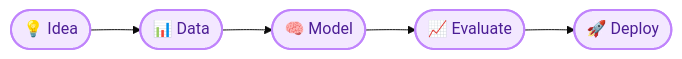
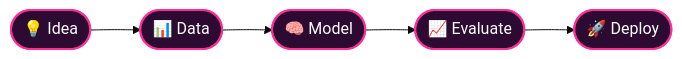
Before and after one commit to Palak-1612/Palak-1612: the diagram in README.md, drawn with Mermaid (base theme). The commit also changed other lines of this file, not shown here.

````diff
--- a/README.md
+++ b/README.md
@@ -69,6 +70,6 @@
 ```mermaid
 flowchart LR
     A([💡 Idea]) --> B([📊 Data]) --> C([🧠 Model]) --> D([📈 Evaluate]) --> E([🚀 Deploy])
-    classDef step fill:#f3e8ff,stroke:#c084fc,color:#4c1d95,stroke-width:2px;
+    classDef step fill:#2d0a31,stroke:#ff2e97,color:#ffffff,stroke-width:2px;
     class A,B,C,D,E step;
 ```
````
